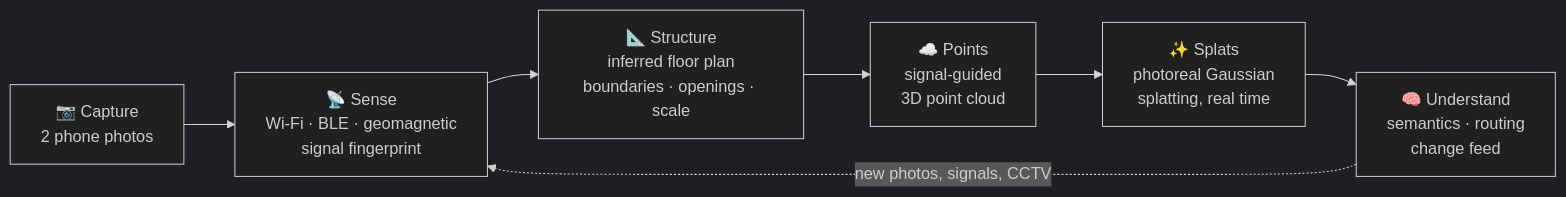
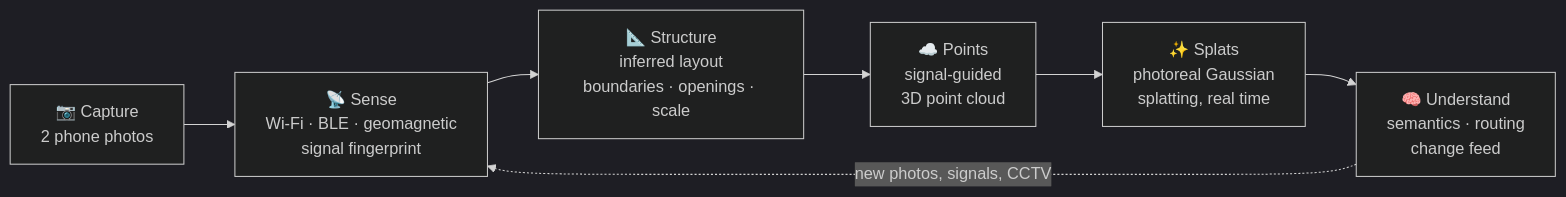
One commit to collectiv-co/deep-world-model changed the first of 2 diagrams in README.md. Above: the diagram before and after it, drawn with Mermaid (dark theme). The commit also changed other lines of this file and 4 other files, not shown here.

````diff
--- a/README.md
+++ b/README.md
@@ -121,9 +121,9 @@
 ```mermaid
 flowchart LR
     A["📷 Capture<br/>2 phone photos"] --> B["📡 Sense<br/>Wi‑Fi · BLE · geomagnetic<br/>signal fingerprint"]
-    B --> C["📐 Structure<br/>inferred floor plan<br/>boundaries · openings · scale"]
+    B --> C["📐 Structure<br/>inferred layout<br/>boundaries · openings · scale"]
     C --> D["☁️ Points<br/>signal‑guided<br/>3D point cloud"]
     D --> E["✨ Splats<br/>photoreal Gaussian<br/>splatting, real time"]
     E --> F["🧠 Understand<br/>semantics · routing<br/>change feed"]
     F -. "new photos, signals, CCTV" .-> B
 ```
````
